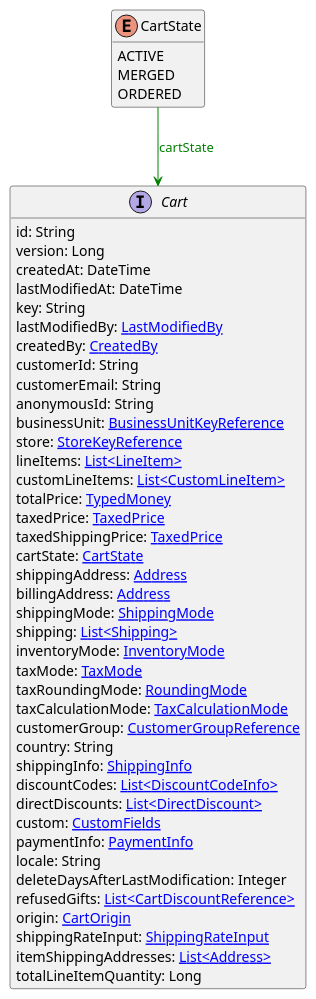
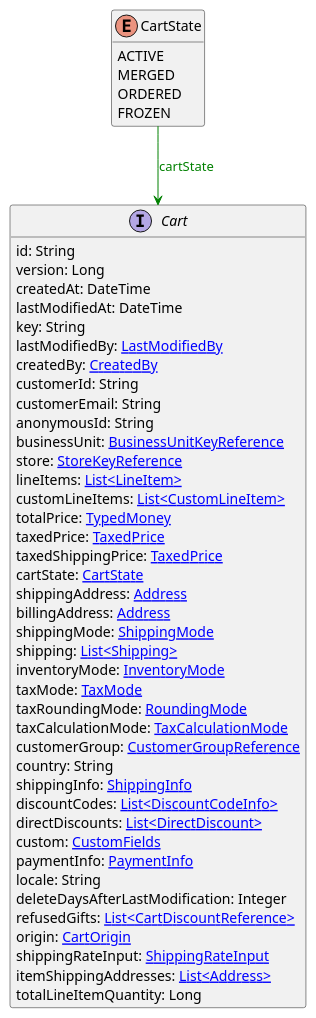
The diagram in uml/api/CartState.puml (commercetools/commercetools-api-reference), drawn with PlantUML before and after one commit. The commit also changed 8 other files, not shown here.

```diff
--- a/uml/api/CartState.puml
+++ b/uml/api/CartState.puml
@@ -1,52 +1,53 @@
 @startuml
 
 hide methods
 enum CartState {
     ACTIVE
     MERGED
     ORDERED
+    FROZEN
 }
 interface Cart [[Cart.svg]]  {
     id: String
     version: Long
     createdAt: DateTime
     lastModifiedAt: DateTime
     key: String
     lastModifiedBy: [[LastModifiedBy.svg LastModifiedBy]]
     createdBy: [[CreatedBy.svg CreatedBy]]
     customerId: String
     customerEmail: String
     anonymousId: String
     businessUnit: [[BusinessUnitKeyReference.svg BusinessUnitKeyReference]]
     store: [[StoreKeyReference.svg StoreKeyReference]]
     lineItems: [[LineItem.svg List<LineItem>]]
     customLineItems: [[CustomLineItem.svg List<CustomLineItem>]]
     totalPrice: [[TypedMoney.svg TypedMoney]]
     taxedPrice: [[TaxedPrice.svg TaxedPrice]]
     taxedShippingPrice: [[TaxedPrice.svg TaxedPrice]]
     cartState: [[CartState.svg CartState]]
     shippingAddress: [[Address.svg Address]]
     billingAddress: [[Address.svg Address]]
     shippingMode: [[ShippingMode.svg ShippingMode]]
     shipping: [[Shipping.svg List<Shipping>]]
     inventoryMode: [[InventoryMode.svg InventoryMode]]
     taxMode: [[TaxMode.svg TaxMode]]
     taxRoundingMode: [[RoundingMode.svg RoundingMode]]
     taxCalculationMode: [[TaxCalculationMode.svg TaxCalculationMode]]
     customerGroup: [[CustomerGroupReference.svg CustomerGroupReference]]
     country: String
     shippingInfo: [[ShippingInfo.svg ShippingInfo]]
     discountCodes: [[DiscountCodeInfo.svg List<DiscountCodeInfo>]]
     directDiscounts: [[DirectDiscount.svg List<DirectDiscount>]]
     custom: [[CustomFields.svg CustomFields]]
     paymentInfo: [[PaymentInfo.svg PaymentInfo]]
     locale: String
     deleteDaysAfterLastModification: Integer
     refusedGifts: [[CartDiscountReference.svg List<CartDiscountReference>]]
     origin: [[CartOrigin.svg CartOrigin]]
     shippingRateInput: [[ShippingRateInput.svg ShippingRateInput]]
     itemShippingAddresses: [[Address.svg List<Address>]]
     totalLineItemQuantity: Long
 }
 CartState --> Cart #green;text:green : "cartState"
 @enduml
```
